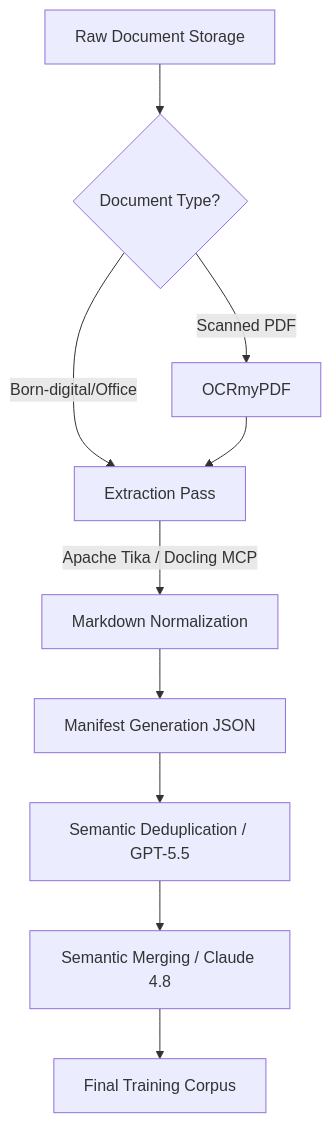
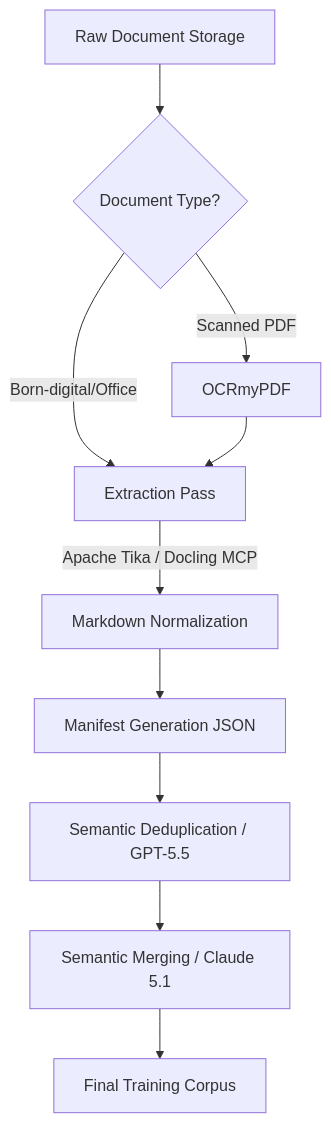
Before and after one commit to joanmarcriera/Home-office-automations: the diagram in docs/playbooks/document-preparation-for-llm-training.md, drawn with Mermaid. The commit also changed other lines of this file and 5 other files, not shown here.

````diff
--- a/docs/playbooks/document-preparation-for-llm-training.md
+++ b/docs/playbooks/document-preparation-for-llm-training.md
@@ -53,12 +53,12 @@
 ```mermaid
 flowchart TD
     A[Raw Document Storage] --> B{Document Type?}
     B -- Scanned PDF --> C[OCRmyPDF]
     B -- Born-digital/Office --> D[Extraction Pass]
     C --> D
     D -- Apache Tika / Docling MCP --> E[Markdown Normalization]
     E --> F[Manifest Generation JSON]
     F --> G[Semantic Deduplication / GPT-5.5]
-    G --> H[Semantic Merging / Claude 4.8]
+    G --> H[Semantic Merging / Claude 5.1]
     H --> I[Final Training Corpus]
 ```
````
